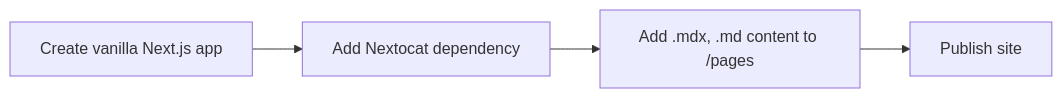
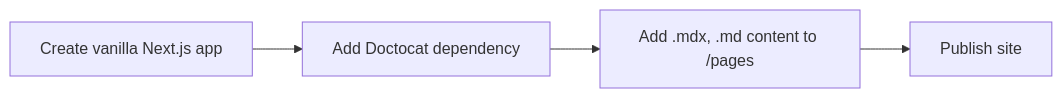
The diagram in packages/site/pages/content-examples/kitchen-sink.mdx (primer/doctocat-nextjs), drawn with Mermaid before and after one commit. The commit also changed other lines of this file and 13 other files, not shown here.

````diff
--- a/packages/site/pages/content-examples/kitchen-sink.mdx
+++ b/packages/site/pages/content-examples/kitchen-sink.mdx
@@ -88,7 +88,7 @@
 ```mermaid
 flowchart LR
   A[Create vanilla Next.js app] -->
-  B[Add Nextocat dependency] -->
+  B[Add Doctocat dependency] -->
   C[Add .mdx, .md content to /pages] -->
   D[Publish site]
 ```
````
